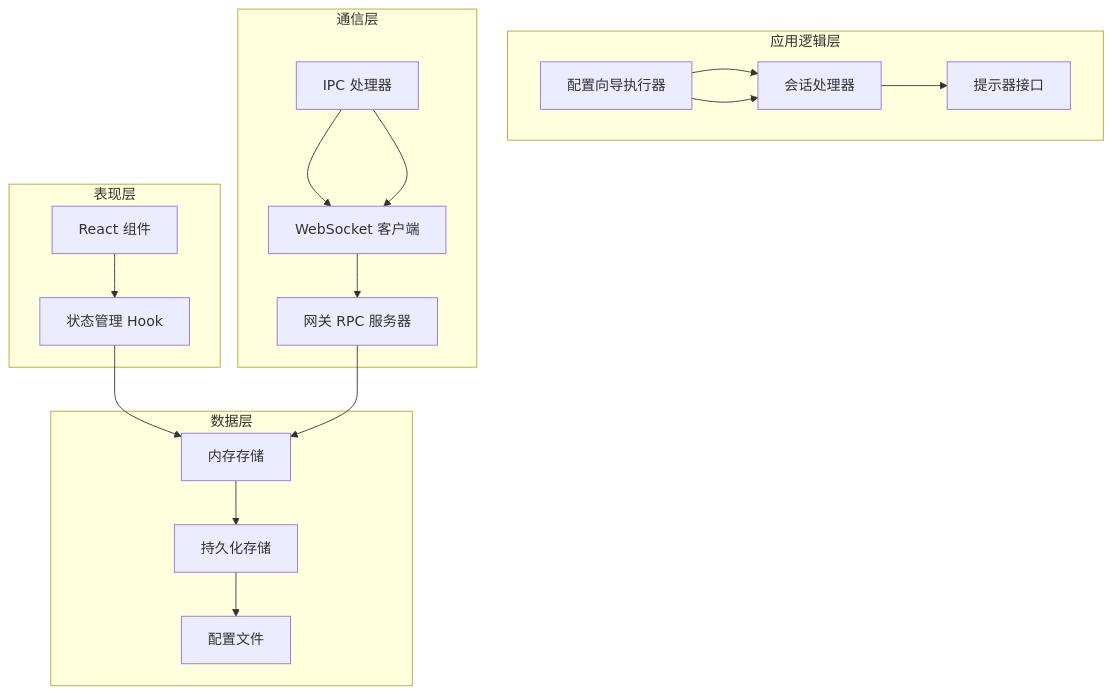
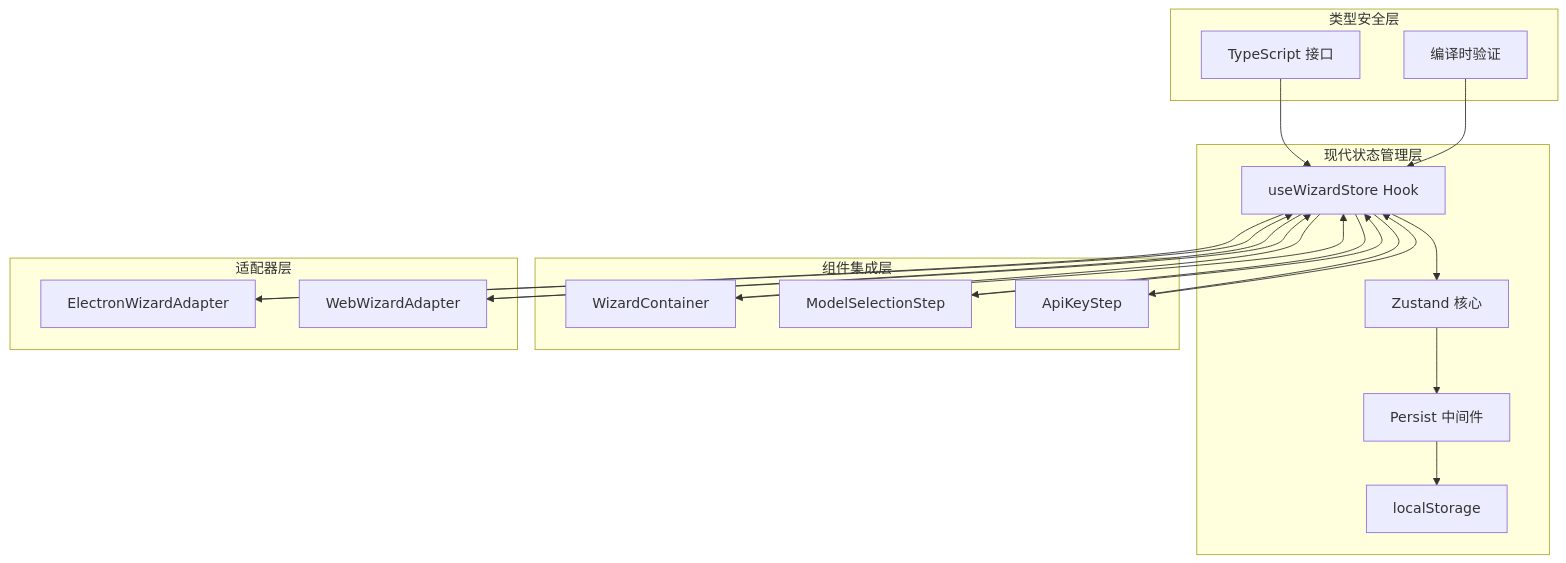
Before and after one commit to verse-ai-org/openclaw: the fourth of 9 diagrams in .qoder/repowiki/zh/content/设置向导状态管理.md, drawn with Mermaid. The commit also changed other lines of this file and 78 other files, not shown here.

````diff
--- a/.qoder/repowiki/zh/content/设置向导状态管理.md
+++ b/.qoder/repowiki/zh/content/设置向导状态管理.md
@@ -198,22 +166,26 @@
 ```mermaid
 graph TD
-subgraph "表现层"
-A[React 组件] --> B[状态管理 Hook]
+subgraph "现代状态管理层"
+A[useWizardStore Hook] --> B[Zustand 核心]
+B --> C[Persist 中间件]
+C --> D[localStorage]
 end
-subgraph "应用逻辑层"
-C[配置向导执行器] --> D[会话处理器]
-D --> E[提示器接口]
+subgraph "组件集成层"
+E[WizardContainer] --> A
+F[ModelSelectionStep] --> A
+G[ApiKeyStep] --> A
 end
-subgraph "通信层"
-F[IPC 处理器] --> G[WebSocket 客户端]
-G --> H[网关 RPC 服务器]
+subgraph "适配器层"
+H[ElectronWizardAdapter] --> A
+I[WebWizardAdapter] --> A
 end
-subgraph "数据层"
-I[内存存储] --> J[持久化存储]
-J --> K[配置文件]
+subgraph "类型安全层"
+J[TypeScript 接口] --> A
+K[编译时验证] --> A
 end
-B --> I
-C --> D
-F --> G
-H --> I
+A --> E
+A --> F
+A --> G
+A --> H
+A --> I
 ```
````
